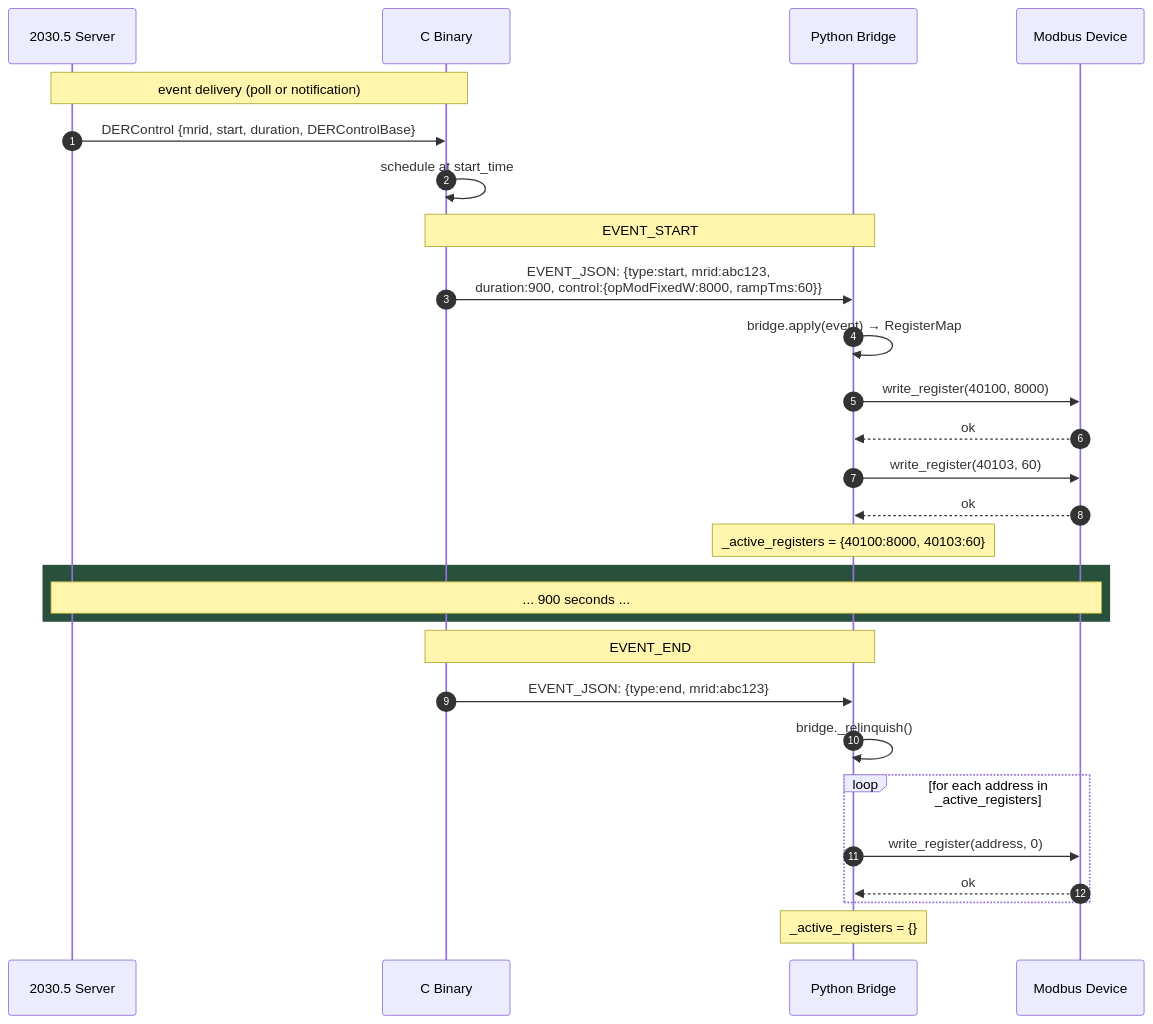
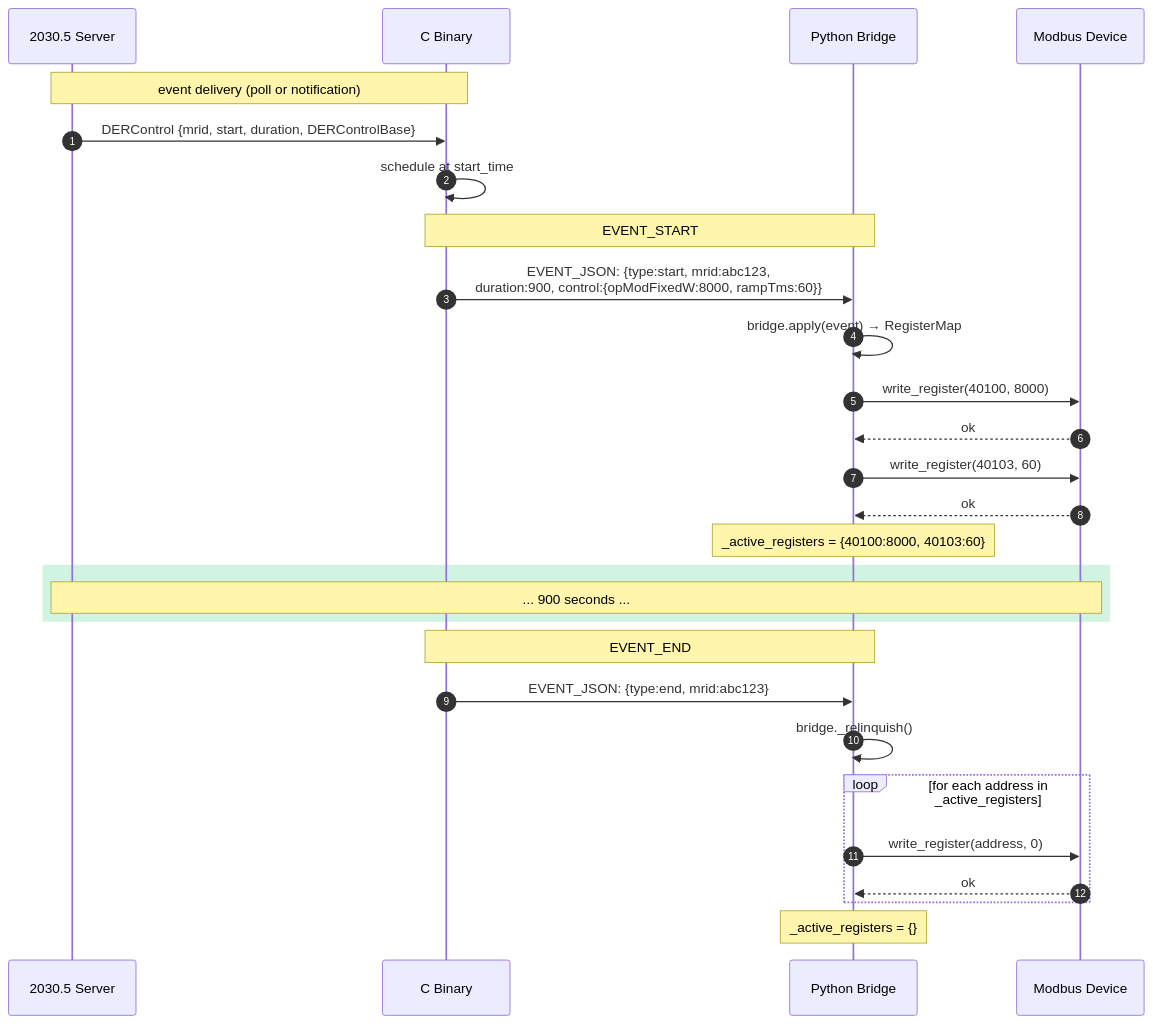
Before and after one commit to josh-vannatta/2030_5-Client: the diagram in docs/sequence/03_event_start_end.mermaid, drawn with Mermaid. The commit also changed 2 other files, not shown here.

```diff
--- a/docs/sequence/03_event_start_end.mermaid
+++ b/docs/sequence/03_event_start_end.mermaid
@@ -1,39 +1,39 @@
 sequenceDiagram
     autonumber
     participant SRV  as 2030.5 Server
     participant C    as C Binary
     participant PY   as Python Bridge
     participant MB   as Modbus Device
 
     Note over SRV,C: event delivery (poll or notification)
 
     SRV ->> C: DERControl {mrid, start, duration, DERControlBase}
     C   ->> C: schedule at start_time
 
     Note over C,PY: EVENT_START
 
     C   ->> PY: EVENT_JSON: {type:start, mrid:abc123,<br/>duration:900, control:{opModFixedW:8000, rampTms:60}}
 
     PY  ->> PY: bridge.apply(event) → RegisterMap
 
     PY  ->> MB: write_register(40100, 8000)   # active_power
     MB  -->> PY: ok
     PY  ->> MB: write_register(40103, 60)     # ramp_time
     MB  -->> PY: ok
     Note over PY: _active_registers = {40100:8000, 40103:60}
 
-    rect rgb(40, 80, 60)
+    rect rgb(209, 243, 226)
         Note over SRV,MB: ... 900 seconds ...
     end
 
     Note over C,PY: EVENT_END
 
     C   ->> PY: EVENT_JSON: {type:end, mrid:abc123}
 
     PY  ->> PY: bridge._relinquish()
 
     loop for each address in _active_registers
         PY  ->> MB: write_register(address, 0)
         MB  -->> PY: ok
     end
     Note over PY: _active_registers = {}
```
